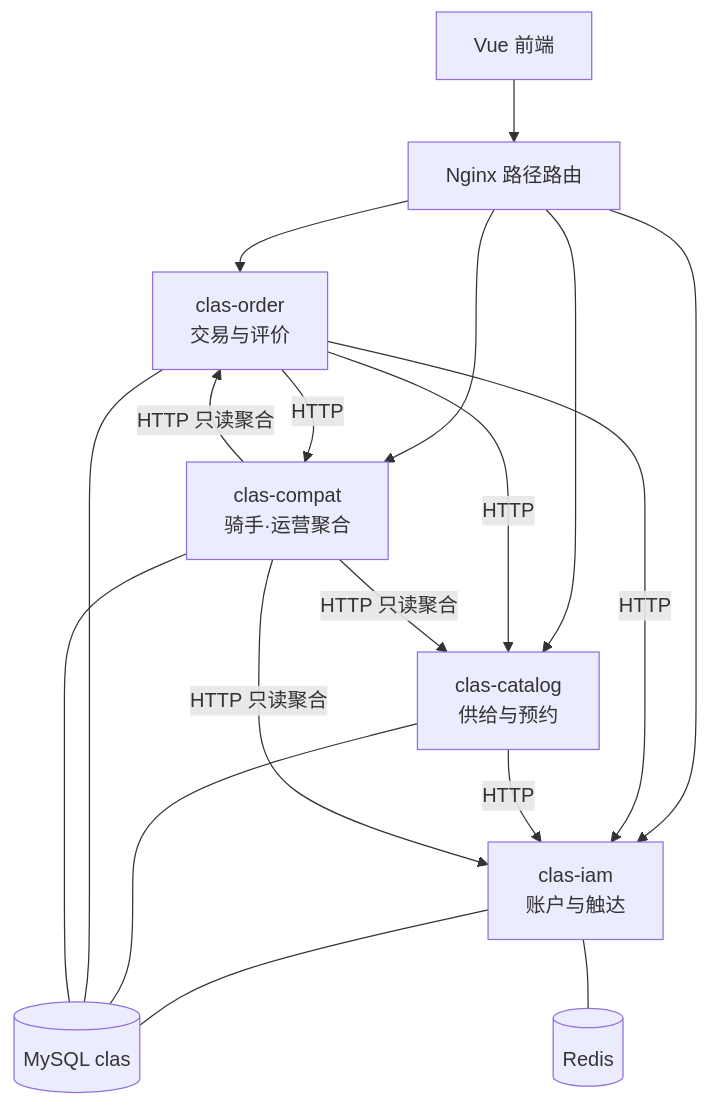
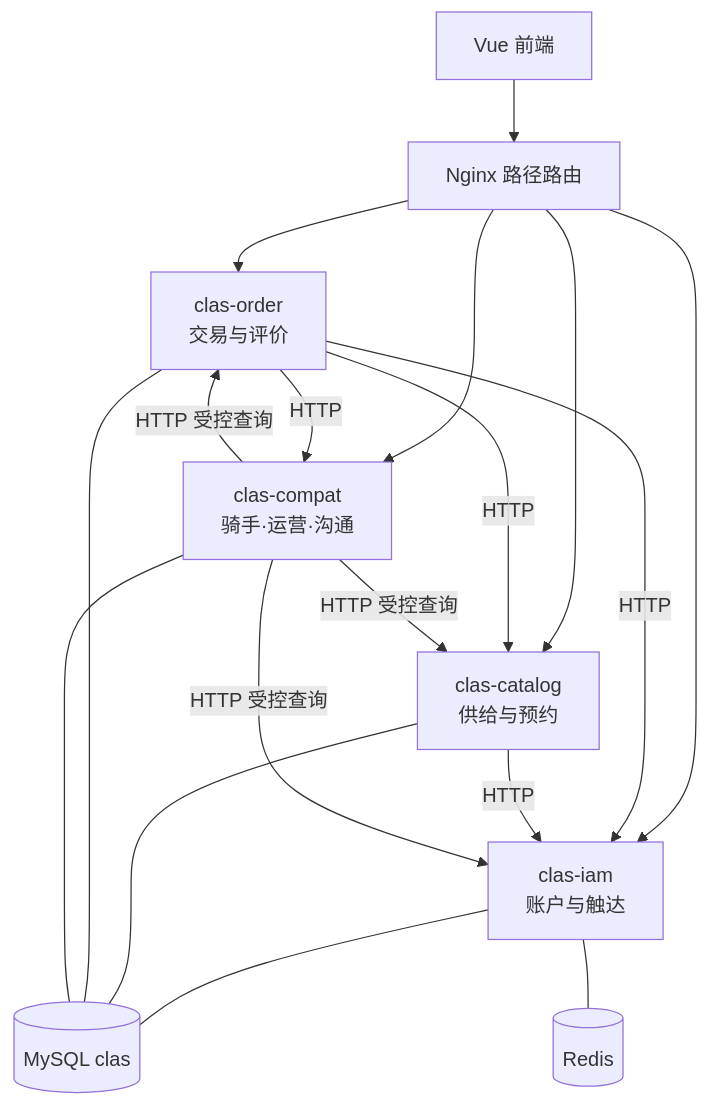
One commit to Amyjinru/CLAS changed the diagram in docs/三服务划分图.md. Above: the diagram before and after it, drawn with Mermaid. The commit also changed other lines of this file and 22 other files, not shown here.

````diff
--- a/docs/三服务划分图.md
+++ b/docs/三服务划分图.md
@@ -14,23 +14,23 @@
 ```mermaid
 flowchart TB
     FE[Vue 前端] --> NGX[Nginx 路径路由]
     NGX --> IAM[clas-iam<br/>账户与触达]
     NGX --> CAT[clas-catalog<br/>供给与预约]
     NGX --> ORD[clas-order<br/>交易与评价]
-    NGX --> CMP[clas-compat<br/>骑手·运营聚合]
+    NGX --> CMP[clas-compat<br/>骑手·运营·沟通]
 
     ORD -->|HTTP| CAT
     ORD -->|HTTP| IAM
     ORD -->|HTTP| CMP
     CAT -->|HTTP| IAM
-    CMP -->|HTTP 只读聚合| IAM
-    CMP -->|HTTP 只读聚合| CAT
-    CMP -->|HTTP 只读聚合| ORD
+    CMP -->|HTTP 受控查询| IAM
+    CMP -->|HTTP 受控查询| CAT
+    CMP -->|HTTP 受控查询| ORD
 
     IAM --- DB[(MySQL clas)]
     CAT --- DB
     ORD --- DB
     CMP --- DB
 
     IAM --- R[(Redis)]
 ```
````
